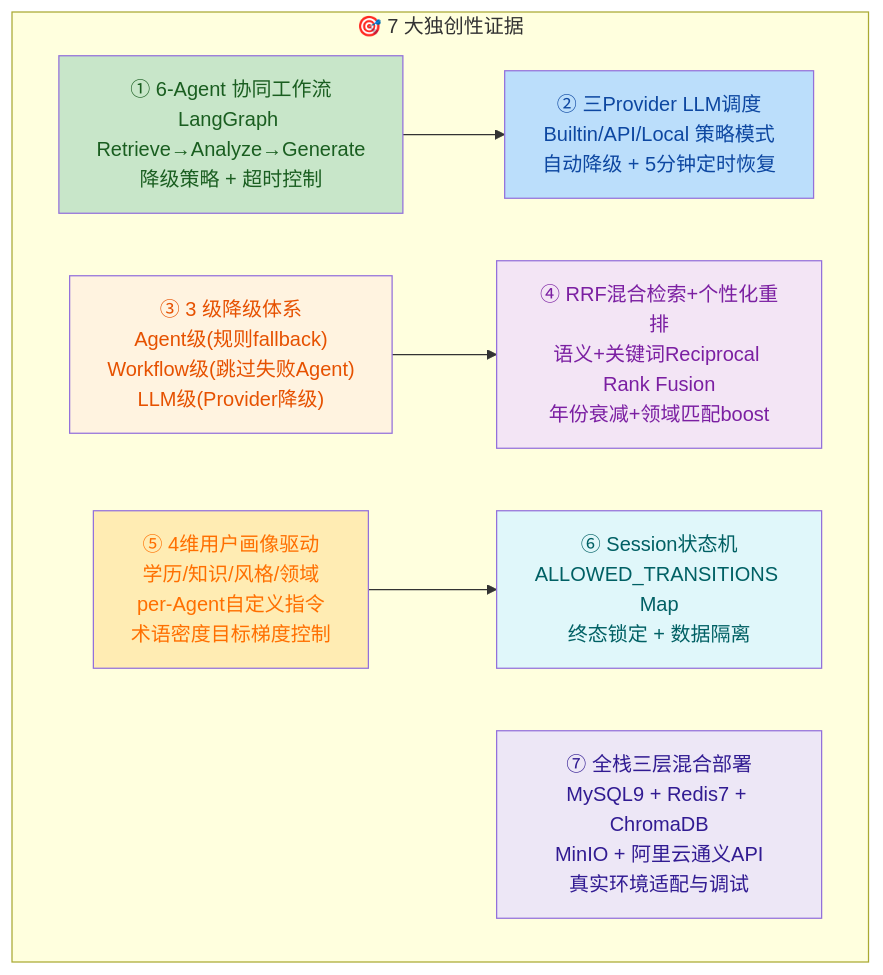
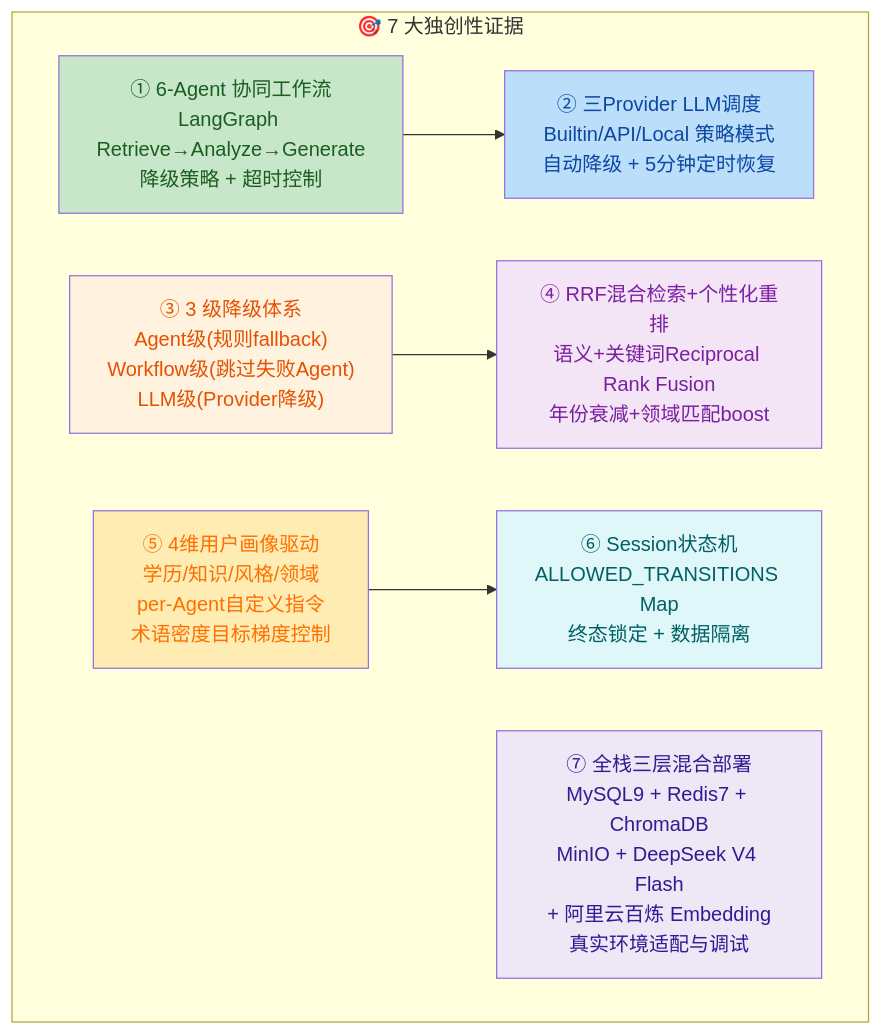
One commit to Fsu7/Veritas- changed the sixth of 6 diagrams in docs/软著申请材料/代码独创性自评报告.md. Above: the diagram before and after it, drawn with Mermaid. The commit also changed other lines of this file and 10 other files, not shown here.

First line of the commit message:
docs: update all documents to switch default LLM to DeepSeek V4 Flash

````diff
--- a/docs/软著申请材料/代码独创性自评报告.md
+++ b/docs/软著申请材料/代码独创性自评报告.md
@@ -168,17 +168,17 @@
 ```mermaid
 flowchart TB
     subgraph 独创性["🎯 7 大独创性证据"]
         A["① 6-Agent 协同工作流<br/>LangGraph Retrieve→Analyze→Generate<br/>降级策略 + 超时控制"] --> B["② 三Provider LLM调度<br/>Builtin/API/Local 策略模式<br/>自动降级 + 5分钟定时恢复"]
         C["③ 3 级降级体系<br/>Agent级(规则fallback)<br/>Workflow级(跳过失败Agent)<br/>LLM级(Provider降级)"] --> D["④ RRF混合检索+个性化重排<br/>语义+关键词Reciprocal Rank Fusion<br/>年份衰减+领域匹配boost"]
         E["⑤ 4维用户画像驱动<br/>学历/知识/风格/领域<br/>per-Agent自定义指令<br/>术语密度目标梯度控制"] --> F["⑥ Session状态机<br/>ALLOWED_TRANSITIONS Map<br/>终态锁定 + 数据隔离"]
-        G["⑦ 全栈三层混合部署<br/>MySQL9 + Redis7 + ChromaDB<br/>MinIO + 阿里云通义API<br/>真实环境适配与调试"]
+        G["⑦ 全栈三层混合部署<br/>MySQL9 + Redis7 + ChromaDB<br/>MinIO + DeepSeek V4 Flash<br/>+ 阿里云百炼 Embedding<br/>真实环境适配与调试"]
     end
 
     style A fill:#c8e6c9,color:#1a5e20
     style B fill:#bbdefb,color:#0d47a1
     style C fill:#fff3e0,color:#e65100
     style D fill:#f3e5f5,color:#7b1fa2
     style E fill:#ffecb3,color:#ff6f00
     style F fill:#e0f7fa,color:#006064
     style G fill:#ede7f6,color:#311b92
 ```
````
